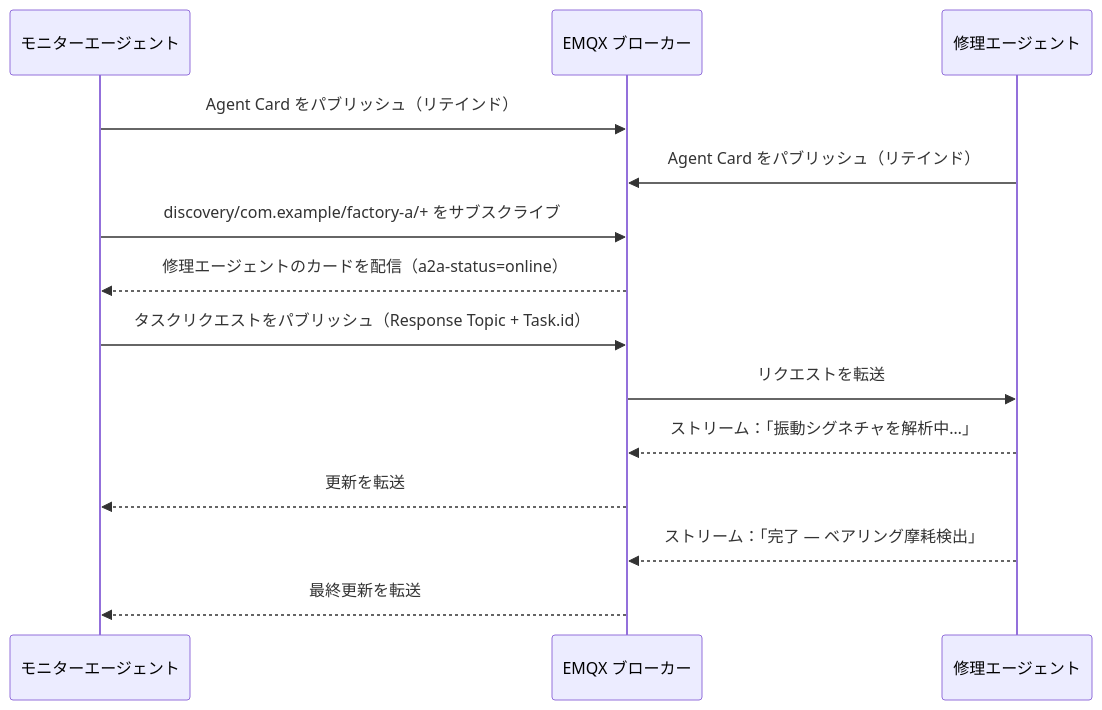
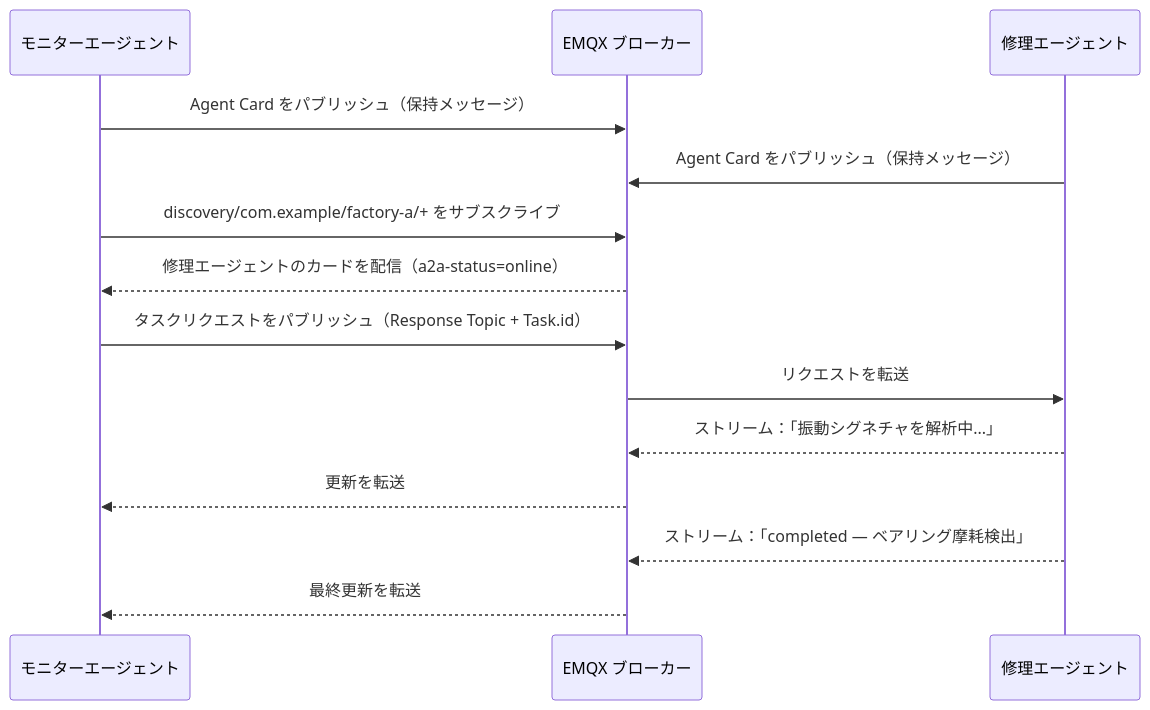
The second of 2 diagrams in ja_JP/emqx-ai/a2a-over-mqtt/architecture.md (emqx/emqx-docs), drawn with Mermaid before and after one commit. The commit also changed other lines of this file and 68 other files, not shown here.

````diff
--- a/ja_JP/emqx-ai/a2a-over-mqtt/architecture.md
+++ b/ja_JP/emqx-ai/a2a-over-mqtt/architecture.md
@@ -153,17 +153,17 @@
 ```mermaid
 sequenceDiagram
     participant M as モニターエージェント
     participant E as EMQX ブローカー
     participant R as 修理エージェント
 
-    M->>E: Agent Card をパブリッシュ（リテインド）
-    R->>E: Agent Card をパブリッシュ（リテインド）
+    M->>E: Agent Card をパブリッシュ（保持メッセージ）
+    R->>E: Agent Card をパブリッシュ（保持メッセージ）
     M->>E: discovery/com.example/factory-a/+ をサブスクライブ
     E-->>M: 修理エージェントのカードを配信（a2a-status=online）
     M->>E: タスクリクエストをパブリッシュ（Response Topic + Task.id）
     E->>R: リクエストを転送
-    R-->>E: ストリーム：「振動シグネチャを解析中…」
+    R-->>E: ストリーム：「振動シグネチャを解析中...」
     E-->>M: 更新を転送
-    R-->>E: ストリーム：「完了 — ベアリング摩耗検出」
+    R-->>E: ストリーム：「completed — ベアリング摩耗検出」
     E-->>M: 最終更新を転送
 ```
````
